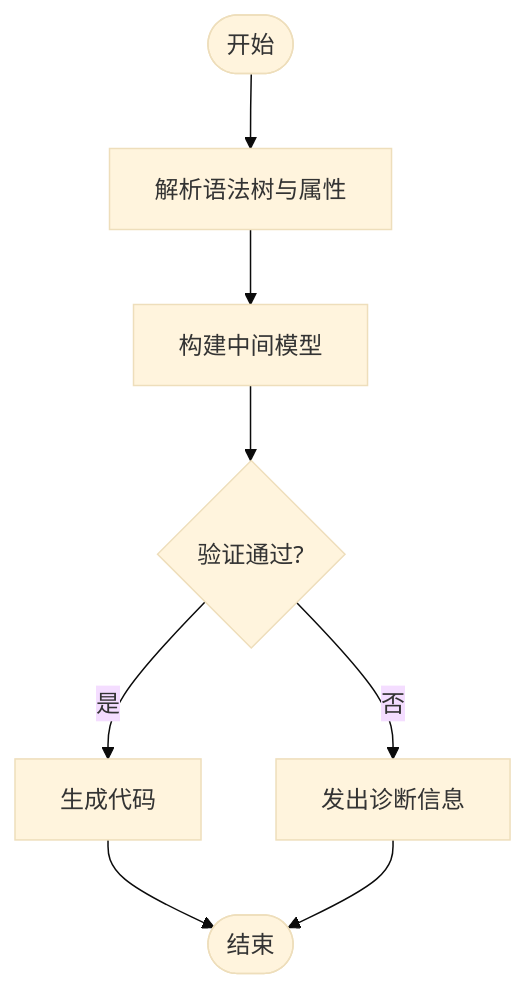
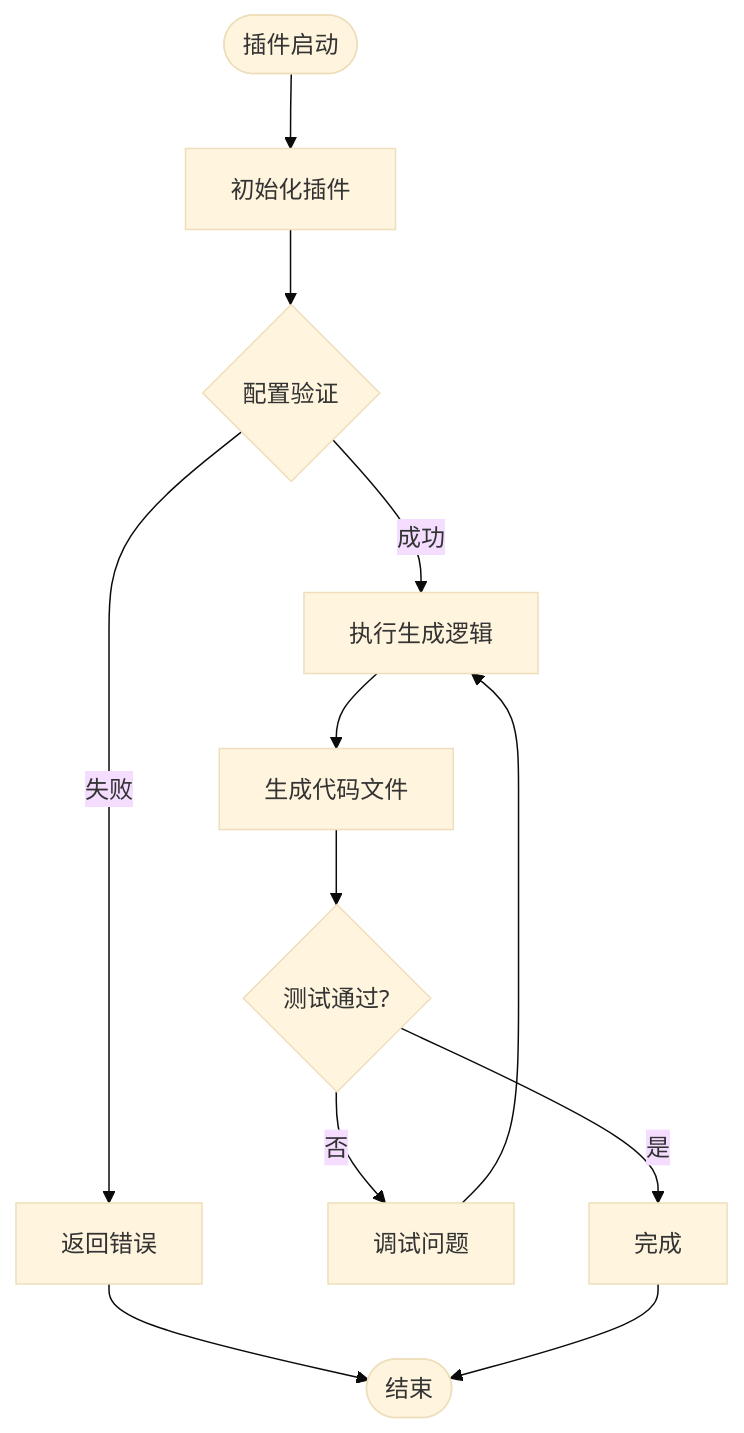
One commit to alivy/AutoCode changed the fourth of 5 diagrams in .qoder/repowiki/zh/content/扩展开发/扩展开发.md. Above: the diagram before and after it, drawn with Mermaid (base theme). The commit also changed other lines of this file and 150 other files, not shown here.

````diff
--- a/.qoder/repowiki/zh/content/扩展开发/扩展开发.md
+++ b/.qoder/repowiki/zh/content/扩展开发/扩展开发.md
@@ -259,10 +214,14 @@
 ```mermaid
 flowchart TD
-Start(["开始"]) --> Parse["解析语法树与属性"]
-Parse --> BuildModel["构建中间模型"]
-BuildModel --> Validate{"验证通过?"}
-Validate --> |否| EmitDiag["发出诊断信息"]
-Validate --> |是| Generate["生成代码"]
-Generate --> End(["结束"])
-EmitDiag --> End
+Start(["插件启动"]) --> Init["初始化插件"]
+Init --> Validate{"配置验证"}
+Validate --> |失败| Error["返回错误"]
+Validate --> |成功| Execute["执行生成逻辑"]
+Execute --> Generate["生成代码文件"]
+Generate --> Test{"测试通过?"}
+Test --> |否| Debug["调试问题"]
+Test --> |是| Complete["完成"]
+Error --> End(["结束"])
+Debug --> Execute
+Complete --> End
 ```
````
